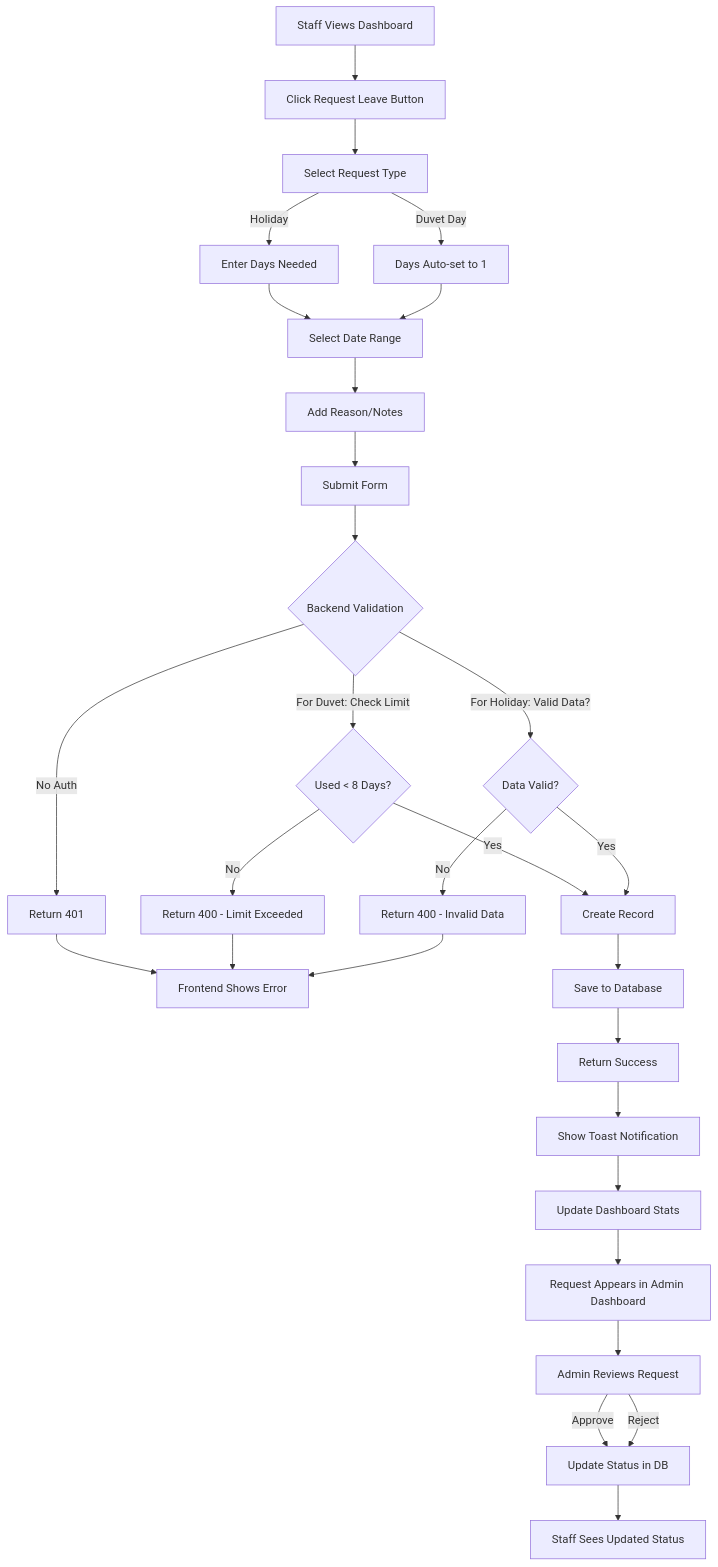
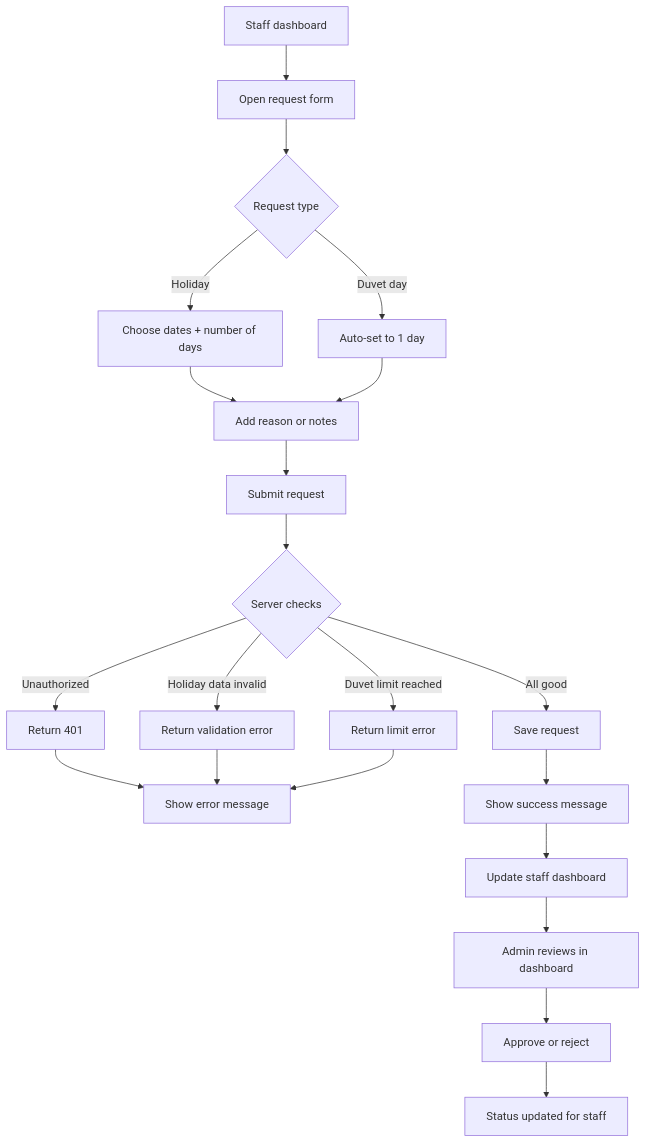
One commit to chandra0987/holidaysdb changed the second of 5 diagrams in README.md. Above: the diagram before and after it, drawn with Mermaid. The commit also changed other lines of this file and 1 other file, not shown here.

Commit message:
feat(auth): improve admin login error messages and instructions for staff access

````diff
--- a/README.md
+++ b/README.md
@@ -122,34 +122,25 @@
 ```mermaid
 flowchart TD
-    A[Staff Views Dashboard] --> B[Click Request Leave Button]
-    B --> C[Select Request Type]
-    C -->|Holiday| D[Enter Days Needed]
-    C -->|Duvet Day| E[Days Auto-set to 1]
-    D --> F[Select Date Range]
+    A[Staff dashboard] --> B[Open request form]
+    B --> C{Request type}
+    C -->|Holiday| D[Choose dates + number of days]
+    C -->|Duvet day| E[Auto-set to 1 day]
+    D --> F[Add reason or notes]
     E --> F
-    F --> G[Add Reason/Notes]
-    G --> H[Submit Form]
-    
-    H --> I{Backend Validation}
-    I -->|No Auth| J[Return 401]
-    I -->|For Duvet: Check Limit| K{Used < 8 Days?}
-    K -->|No| L[Return 400 - Limit Exceeded]
-    K -->|Yes| M[Create Record]
-    I -->|For Holiday: Valid Data?| N{Data Valid?}
-    N -->|No| O[Return 400 - Invalid Data]
-    N -->|Yes| M
-    
-    J --> P[Frontend Shows Error]
-    L --> P
-    O --> P
-    M --> Q[Save to Database]
-    Q --> R[Return Success]
-    R --> S[Show Toast Notification]
-    S --> T[Update Dashboard Stats]
-    
-    T --> U[Request Appears in Admin Dashboard]
-    U --> V[Admin Reviews Request]
-    V -->|Approve| W[Update Status in DB]
-    V -->|Reject| W
-    W --> X[Staff Sees Updated Status]
+    F --> G[Submit request]
+
+    G --> H{Server checks}
+    H -->|Unauthorized| I[Return 401]
+    H -->|Holiday data invalid| J[Return validation error]
+    H -->|Duvet limit reached| K[Return limit error]
+    H -->|All good| L[Save request]
+
+    I --> M[Show error message]
+    J --> M
+    K --> M
+    L --> N[Show success message]
+    N --> O[Update staff dashboard]
+    O --> P[Admin reviews in dashboard]
+    P --> Q[Approve or reject]
+    Q --> R[Status updated for staff]
 ```
````
